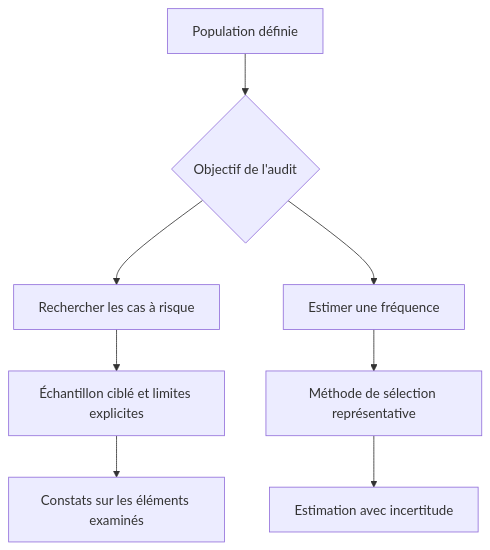
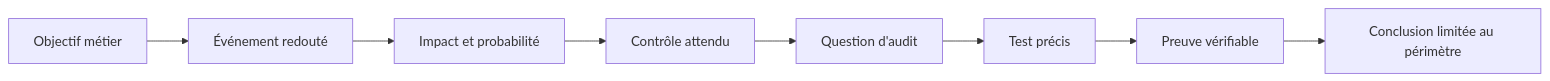
The second of 6 diagrams in content/lessons/maint-audits-expert.md (biggyseven/Skill-Tree), drawn with Mermaid before and after one commit. The commit also changed other lines of this file, not shown here.

Commit message:
docs(maintenance): approfondir le cours expert sur les audits

````diff
--- a/content/lessons/maint-audits-expert.md
+++ b/content/lessons/maint-audits-expert.md
@@ -71,10 +980,10 @@
-~~~mermaid
-flowchart TD
-    A[Population définie] --> B{Objectif de l'audit}
-    B --> C[Rechercher les cas à risque]
-    B --> D[Estimer une fréquence]
-    C --> E[Échantillon ciblé et limites explicites]
-    D --> F[Méthode de sélection représentative]
-    E --> G[Constats sur les éléments examinés]
-    F --> H[Estimation avec incertitude]
-~~~
+```mermaid
+flowchart LR
+    A[Objectif métier] --> B[Événement redouté]
+    B --> C[Impact et probabilité]
+    C --> D[Contrôle attendu]
+    D --> E[Question d'audit]
+    E --> F[Test précis]
+    F --> G[Preuve vérifiable]
+    G --> H[Conclusion limitée au périmètre]
+```
````
